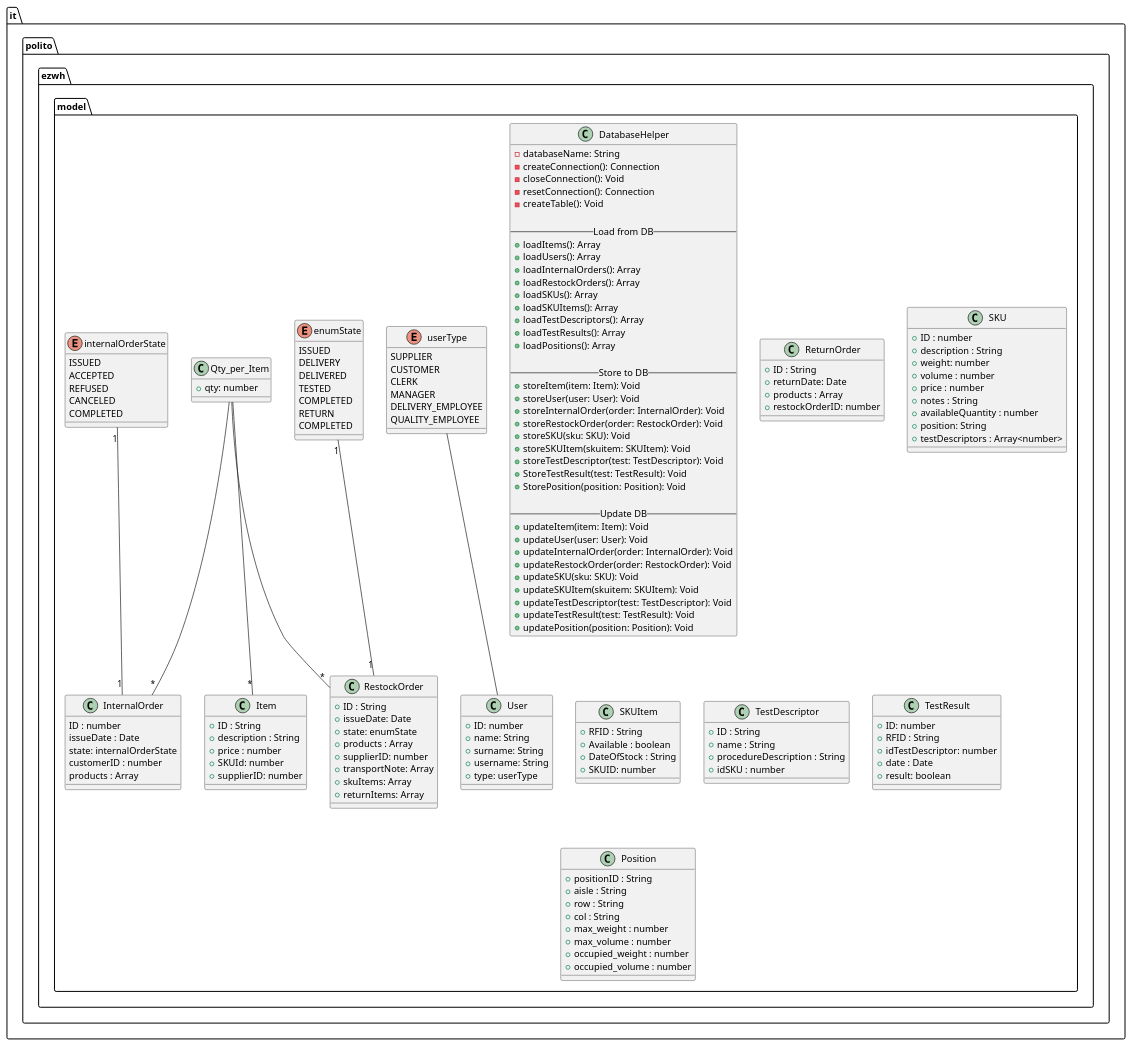
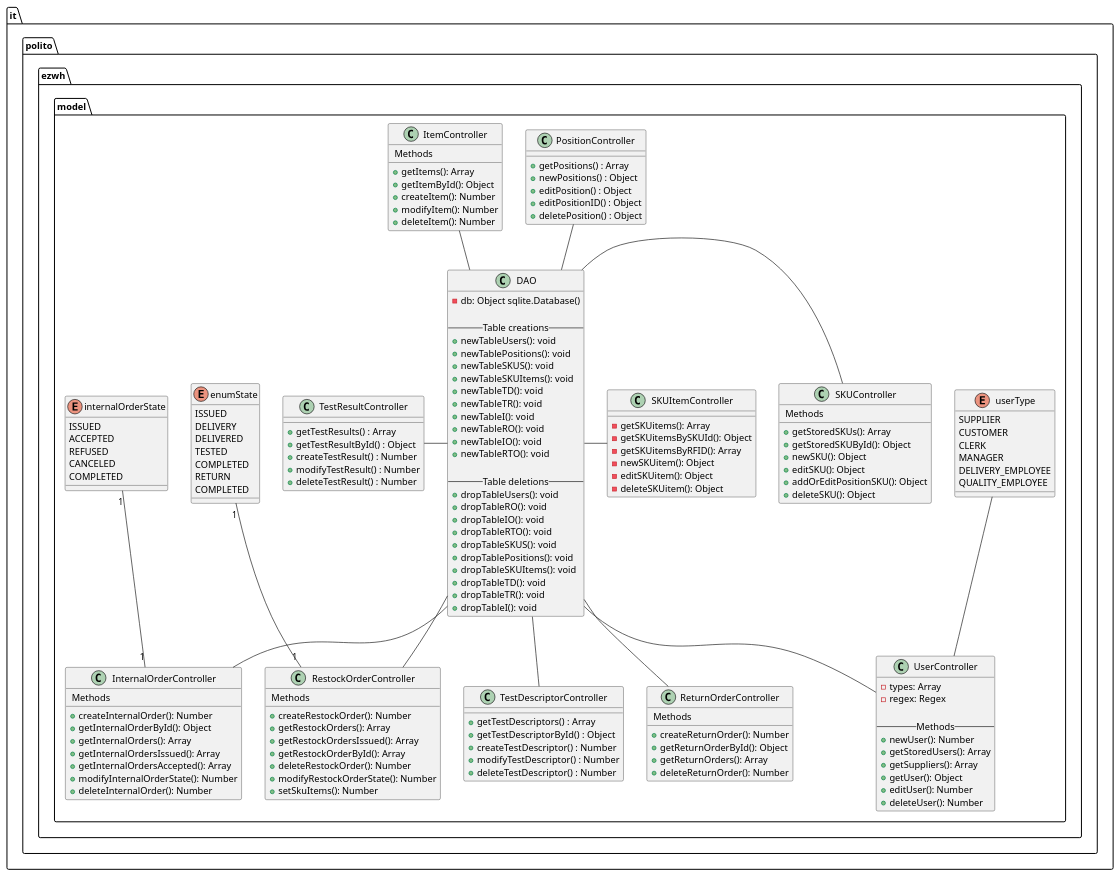
The second of 19 diagrams in DESIGN PART/DesignDocument.md (DavideArcolini/SoftEng_garbageCollector), drawn with PlantUML before and after one commit. The commit also changed other lines of this file, not shown here.

````diff
--- a/DESIGN PART/DesignDocument.md
+++ b/DESIGN PART/DesignDocument.md
@@ -165,45 +90,32 @@
 package it.polito.ezwh.model {
   top to bottom direction
 
-  class DatabaseHelper {
-    - databaseName: String
-    - createConnection(): Connection
-    - closeConnection(): Void
-    - resetConnection(): Connection
-    - createTable(): Void
+  class DAO {
+    - db: Object sqlite.Database()
 
-    -- Load from DB --
-    + loadItems(): Array
-    + loadUsers(): Array
-    + loadInternalOrders(): Array
-    + loadRestockOrders(): Array
-    + loadSKUs(): Array
-    + loadSKUItems(): Array
-    + loadTestDescriptors(): Array 
-    + loadTestResults(): Array
-    + loadPositions(): Array
+    -- Table creations --
+    + newTableUsers(): void
+    + newTablePositions(): void
+    + newTableSKUS(): void
+    + newTableSKUItems(): void
+    + newTableTD(): void
+    + newTableTR(): void
+    + newTableI(): void
+    + newTableRO(): void
+    + newTableIO(): void
+    + newTableRTO(): void
 
-    -- Store to DB --
-    + storeItem(item: Item): Void
-    + storeUser(user: User): Void
-    + storeInternalOrder(order: InternalOrder): Void
-    + storeRestockOrder(order: RestockOrder): Void
-    + storeSKU(sku: SKU): Void
-    + storeSKUItem(skuitem: SKUItem): Void
-    + storeTestDescriptor(test: TestDescriptor): Void
-    + StoreTestResult(test: TestResult): Void
-    + StorePosition(position: Position): Void
-
-    -- Update DB --
-    + updateItem(item: Item): Void
-    + updateUser(user: User): Void
-    + updateInternalOrder(order: InternalOrder): Void
-    + updateRestockOrder(order: RestockOrder): Void 
-    + updateSKU(sku: SKU): Void
-    + updateSKUItem(skuitem: SKUItem): Void
-    + updateTestDescriptor(test: TestDescriptor): Void
-    + updateTestResult(test: TestResult): Void
-    + updatePosition(position: Position): Void
+    -- Table deletions --
+    + dropTableUsers(): void
+    + dropTableRO(): void
+    + dropTableIO(): void
+    + dropTableRTO(): void
+    + dropTableSKUS(): void
+    + dropTablePositions(): void
+    + dropTableSKUItems(): void
+    + dropTableTD(): void
+    + dropTableTR(): void
+    + dropTableI(): void
   }
 
   enum userType {
@@ -215,20 +127,27 @@
     QUALITY_EMPLOYEE
   }
 
-  class User {
-    + ID: number
-    + name: String
-    + surname: String
-    + username: String
-    + type: userType
+  class UserController {
+    - types: Array
+    - regex: Regex
+
+    -- Methods --
+    + newUser(): Number
+    + getStoredUsers(): Array
+    + getSuppliers(): Array
+    + getUser(): Object
+    + editUser(): Number
+    + deleteUser(): Number
   }
 
-  class Item {
-    + ID : String
-    + description : String
-    + price : number
-    + SKUId: number
-    + supplierID: number
+  class ItemController {
+
+    -- Methods --
+    + getItems(): Array
+    + getItemById(): Object
+    + createItem(): Number
+    + modifyItem(): Number
+    + deleteItem(): Number
   }
 
   enum enumState {
@@ -241,71 +160,72 @@
     COMPLETED
   }
 
-  class RestockOrder {
-    + ID : String
-    + issueDate: Date
-    + state: enumState
-    + products : Array
-    + supplierID: number
-    + transportNote: Array
-    + skuItems: Array
-    + returnItems: Array
+  class RestockOrderController {
+
+    -- Methods --
+    + createRestockOrder(): Number
+    + getRestockOrders(): Array
+    + getRestockOrdersIssued(): Array
+    + getRestockOrderById(): Array
+    + deleteRestockOrder(): Number
+    + modifyRestockOrderState(): Number
+    + setSkuItems(): Number 
   }
 
-  class ReturnOrder {
-    + ID : String
-    + returnDate: Date
-    + products : Array
-    + restockOrderID: number
+  class ReturnOrderController {
+
+    -- Methods --
+    + createReturnOrder(): Number
+    + getReturnOrderById(): Object
+    + getReturnOrders(): Array
+    + deleteReturnOrder(): Number
   }
 
-  class Qty_per_Item {
-    + qty: number
+
+
+  class SKUController {
+
+    -- Methods --
+    + getStoredSKUs(): Array     
+    + getStoredSKUById(): Object 
+    + newSKU(): Object           
+    + editSKU(): Object             
+    + addOrEditPositionSKU(): Object
+    + deleteSKU(): Object            
   }
 
-  class SKU {
-    + ID : number
-    + description : String
-    + weight: number
-    + volume : number
-    + price : number
-    + notes : String
-    + availableQuantity : number
-    + position: String 
-    + testDescriptors : Array<number>
+  class SKUItemController {
+    - getSKUitems(): Array
+    - getSKUitemsBySKUId(): Object
+    - getSKUitemsByRFID(): Array
+    - newSKUitem(): Object
+    - editSKUitem(): Object
+    - deleteSKUitem(): Object
+    
   }
 
-  class SKUItem {
-    + RFID : String
-    + Available : boolean
-    + DateOfStock : String
-    + SKUID: number
+  class TestDescriptorController {
+    + getTestDescriptors() : Array
+    + getTestDescriptorById() : Object
+    + createTestDescriptor() : Number
+    + modifyTestDescriptor() : Number
+    + deleteTestDescriptor() : Number
   }
 
-  class TestDescriptor {
-    + ID : String
-    + name : String
-    + procedureDescription : String
-    + idSKU : number
+  class TestResultController {
+    + getTestResults() : Array
+    + getTestResultById() : Object
+    + createTestResult() : Number
+    + modifyTestResult() : Number
+    + deleteTestResult() : Number
   }
 
-  class TestResult {
-    + ID: number
-    + RFID : String
-    + idTestDescriptor: number
-    + date : Date
-    + result: boolean
-  }
-
-  class Position {
-    + positionID : String
-    + aisle : String
-    + row : String
-    + col : String
-    + max_weight : number
-    + max_volume : number
-    + occupied_weight : number
-    + occupied_volume : number
+  class PositionController {
+    + getPositions() : Array
+    + newPositions() : Object
+    + editPosition() : Object
+    + editPositionID() : Object
+    + deletePosition() : Object
   }
 
   enum internalOrderState {
@@ -316,20 +236,31 @@
     COMPLETED
   }
 
-  class InternalOrder {
-    ID : number
-    issueDate : Date
-    state: internalOrderState
-    customerID : number
-    products : Array
+  class InternalOrderController {
+
+    -- Methods --
+    + createInternalOrder(): Number
+    + getInternalOrderById(): Object
+    + getInternalOrders(): Array
+    + getInternalOrdersIssued(): Array
+    + getInternalOrdersAccepted(): Array
+    + modifyInternalOrderState(): Number
+    + deleteInternalOrder(): Number
   }
 }
 
-enumState "1"-- "1" RestockOrder
-internalOrderState "1"--"1" InternalOrder
-Qty_per_Item -- "*" Item
-Qty_per_Item -- "*" RestockOrder
-Qty_per_Item -- "*" InternalOrder
-userType -- User
+enumState "1"-- "1" RestockOrderController
+internalOrderState "1"--"1" InternalOrderController
+userType -- UserController
+DAO -- InternalOrderController
+DAO -- RestockOrderController
+DAO -up- ItemController
+DAO -- TestDescriptorController
+DAO -- ReturnOrderController
+DAO - SKUController
+DAO -right- SKUItemController
+DAO -left- TestResultController
+DAO -up- PositionController
+DAO -- UserController
 
 ```
````
